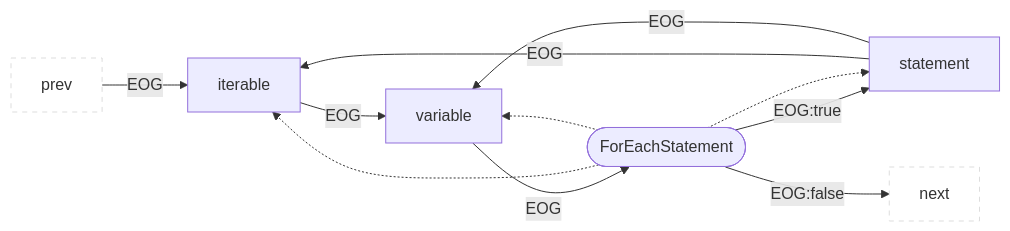
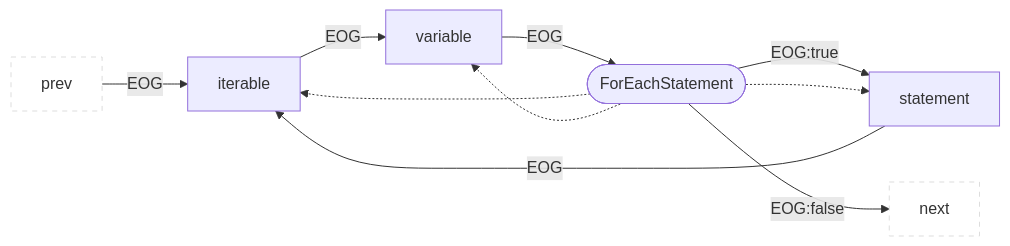
Before and after one commit to Fraunhofer-AISEC/cpg: diagram 32 of 36 in cpg-core/specifications/eog.md, drawn with Mermaid. The commit also changed other lines of this file, not shown here.

````diff
--- a/cpg-core/specifications/eog.md
+++ b/cpg-core/specifications/eog.md
@@ -493,15 +523,14 @@
 ```mermaid
 flowchart LR
   classDef outer fill:#fff,stroke:#ddd,stroke-dasharray:5 5;
   prev:::outer --EOG--> child1["iterable"]
   child1 --EOG--> child2["variable"]
   child2 --EOG--> parent
   parent(["ForEachStatement"]) --EOG:true--> child3["statement"]
   parent --EOG:false--> next:::outer
   child3 --EOG--> child1
-  child3 --EOG--> child2
   parent -.-> child1
   parent -.-> child2
   parent -.-> child3
 
 ```
````
